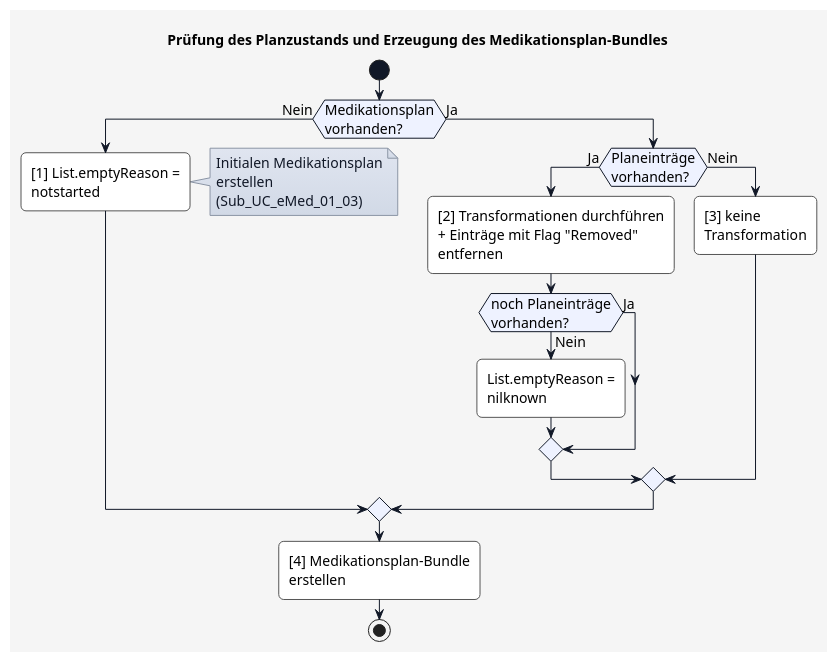
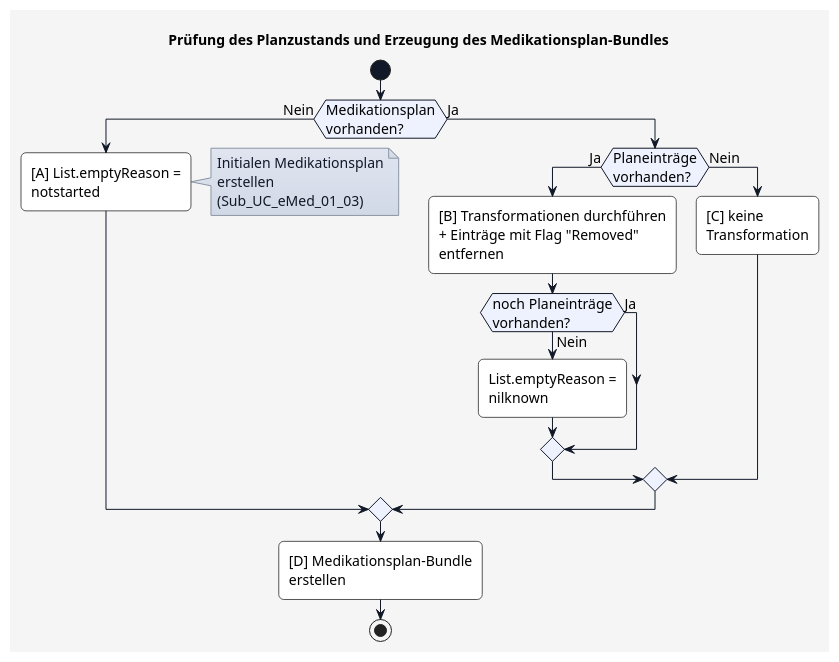
One commit to HL7Austria/ELGA-e-Medikation-R4 changed the diagram in plantuml/UC_eMed_01_01_plancheck.plantuml. Above: the diagram before and after it, drawn with PlantUML. The commit also changed 13 other files, not shown here.

```diff
--- a/plantuml/UC_eMed_01_01_plancheck.plantuml
+++ b/plantuml/UC_eMed_01_01_plancheck.plantuml
@@ -1,79 +1,79 @@
 @startuml UC_eMed_01_01_plancheck
 title Prüfung des Planzustands und Erzeugung des Medikationsplan-Bundles
 
 skinparam borderColor #000000
 skinparam backgroundColor #f5f5f5
 skinparam shadowing false
 skinparam roundCorner 10
 skinparam defaultFontName "Arial"
 skinparam defaultFontSize 14
 skinparam defaultFontColor #000000
 skinparam HyperlinkColor #0000EE
 skinparam HyperlinkUnderline false
 skinparam BoxPadding 20
 skinparam BoxBorderColor #555555
 
 skinparam note {
   BackgroundColor #e0e5f0-#d1d9e6
   BorderColor #8b95a5
   BorderThickness 1
   RoundCorner 0
   Padding 6
   FontColor #111827
   Shadowing false
 }
 
 skinparam activity {
   BackgroundColor #ffffff
   BorderColor #555555
   BorderThickness 1
   FontColor #000000
   FontSize 14
   DiamondBackgroundColor #eef2ff
   DiamondBorderColor #111827
   DiamondFontColor #000000
   StartColor #111827
   EndColor #111827
   ArrowColor #111827
   ArrowThickness 1
 }
 
 start
 
 if (Medikationsplan\nvorhanden?) then (Nein)
 
-  :[1] List.emptyReason =\nnotstarted;
+  :[A] List.emptyReason =\nnotstarted;
 
   note right
     Initialen Medikationsplan
     erstellen
     (Sub_UC_eMed_01_03)
   end note
 
 else (Ja)
 
   if (Planeinträge\nvorhanden?) then (Ja)
 
-    :[2] Transformationen durchführen\n+ Einträge mit Flag "Removed"\nentfernen;
+    :[B] Transformationen durchführen\n+ Einträge mit Flag "Removed"\nentfernen;
 
     if (noch Planeinträge\nvorhanden?) then (Ja)
 
     else (Nein)
 
       :List.emptyReason =\nnilknown;
 
     endif
 
   else (Nein)
 
-    :[3] keine\nTransformation;
+    :[C] keine\nTransformation;
 
   endif
 
 endif
 
-:[4] Medikationsplan-Bundle\nerstellen;
+:[D] Medikationsplan-Bundle\nerstellen;
 
 stop
 
 @enduml
```
